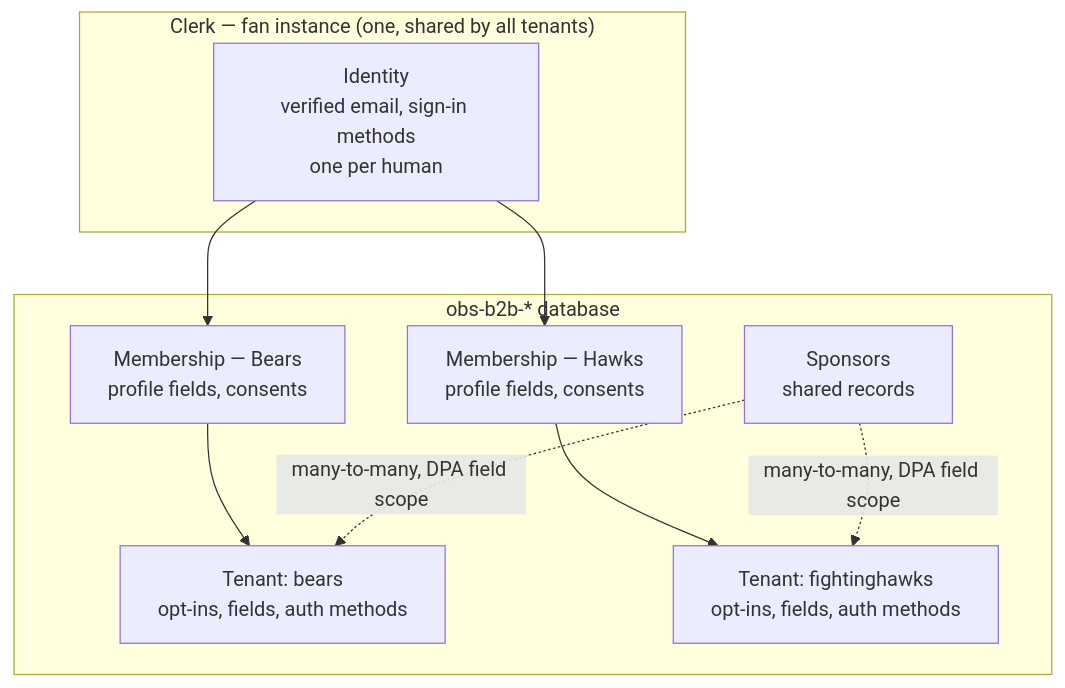
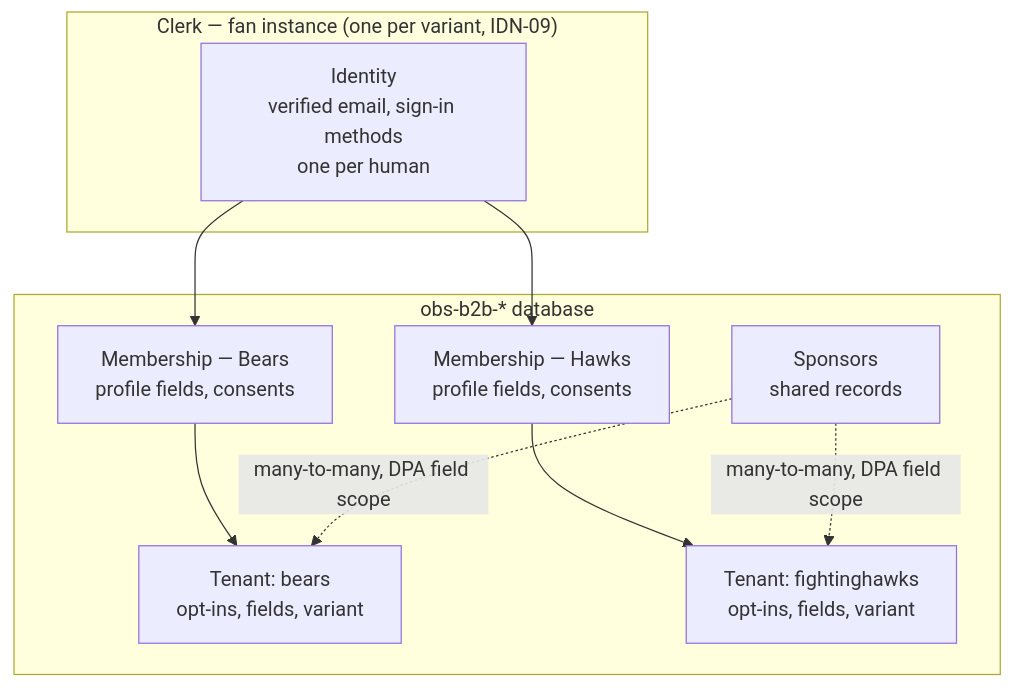
One commit to everythingparlays/overboard-b2b-documentation changed the first of 2 diagrams in documents/HLDs/multi-tenant-identity-auth.md. Above: the diagram before and after it, drawn with Mermaid. The commit also changed other lines of this file, not shown here.

Commit message:
multi-tenant doc v2 completion

````diff
--- a/documents/HLDs/multi-tenant-identity-auth.md
+++ b/documents/HLDs/multi-tenant-identity-auth.md
@@ -104,21 +123,21 @@
 ```mermaid
 flowchart TB
-    subgraph Clerk["Clerk — fan instance (one, shared by all tenants)"]
+    subgraph Clerk["Clerk — fan instance (one per variant, IDN-09)"]
         ID["Identity<br/>verified email, sign-in methods<br/>one per human"]
     end
 
     subgraph Mongo["obs-b2b-* database"]
         M1["Membership — Bears<br/>profile fields, consents"]
         M2["Membership — Hawks<br/>profile fields, consents"]
-        T1["Tenant: bears<br/>opt-ins, fields, auth methods"]
-        T2["Tenant: fightinghawks<br/>opt-ins, fields, auth methods"]
+        T1["Tenant: bears<br/>opt-ins, fields, variant"]
+        T2["Tenant: fightinghawks<br/>opt-ins, fields, variant"]
         SP["Sponsors<br/>shared records"]
     end
 
     ID --> M1
     ID --> M2
     M1 --> T1
     M2 --> T2
     SP -. "many-to-many, DPA field scope" .-> T1
     SP -. "many-to-many, DPA field scope" .-> T2
 ```
````
